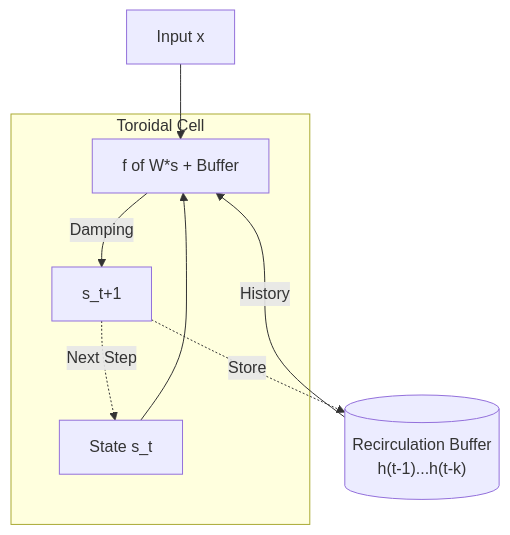
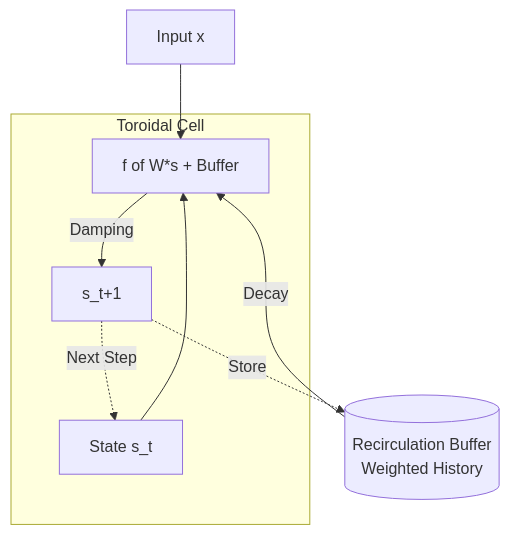
The third of 3 diagrams in README.md (automenta/toreq), drawn with Mermaid before and after one commit. The commit also changed other lines of this file and 9 other files, not shown here.

````diff
--- a/README.md
+++ b/README.md
@@ -95,11 +95,11 @@
 ```mermaid
 graph TD
     X[Input x] --> Update
-    Buffer[("Recirculation Buffer <br/> h(t-1)...h(t-k)")] -->|History| Update
+    Buffer[("Recirculation Buffer <br/> Weighted History")] -->|Decay| Update
     subgraph Cell ["Toroidal Cell"]
         State[State s_t] --> Update[f of W*s + Buffer]
         Update -->|Damping| NewState[s_t+1]
     end
     NewState -.->|Store| Buffer
     NewState -.->|Next Step| State
 ```
````
